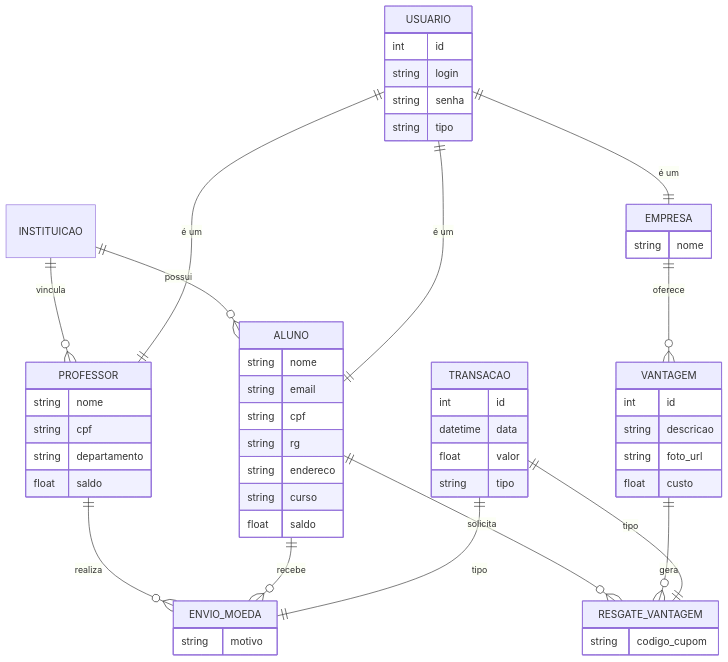
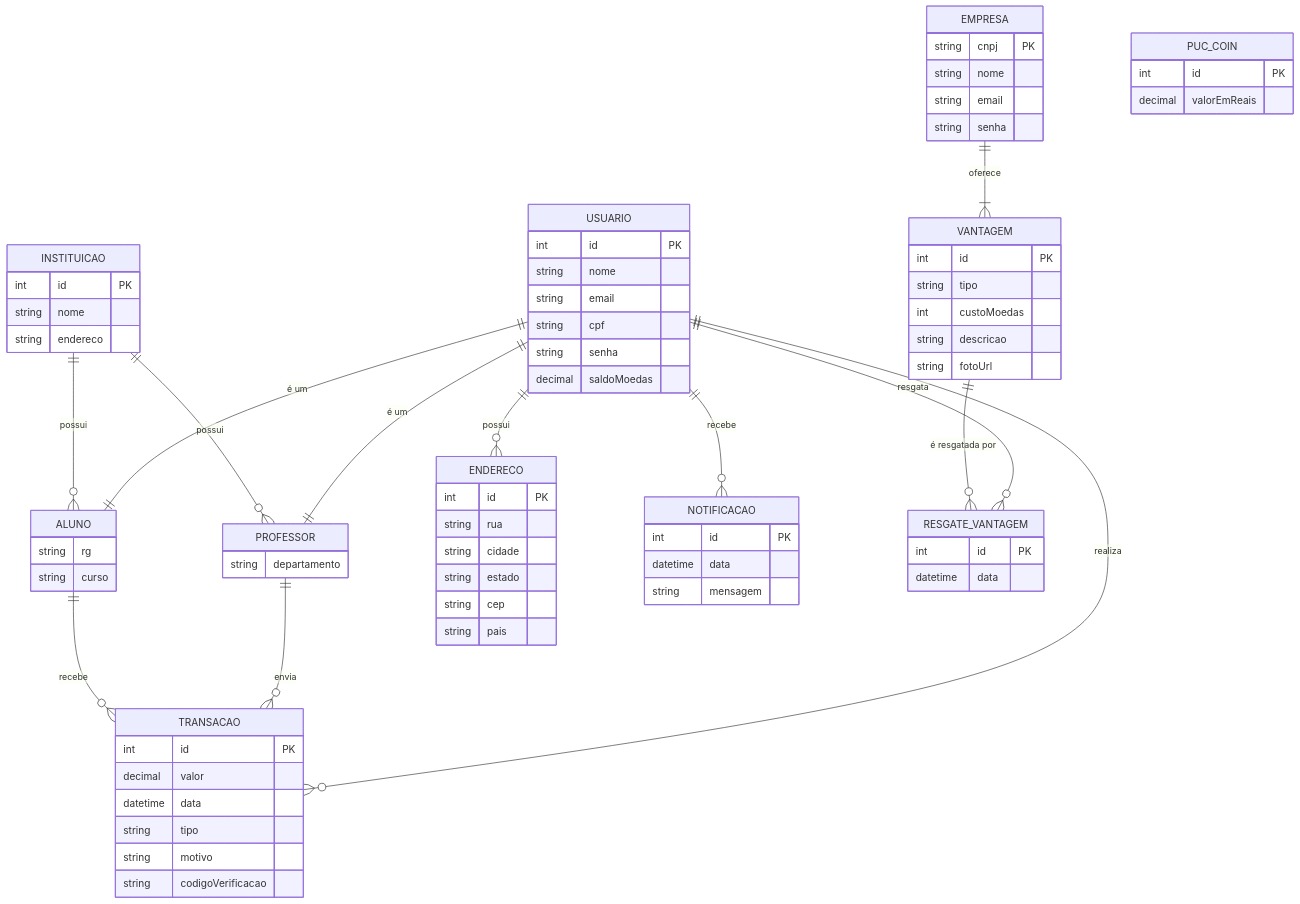
Before and after one commit to Davii13/PUCPay: the diagram in README.md, drawn with Mermaid.

````diff
--- a/README.md
+++ b/README.md
@@ -71,68 +71,92 @@
 ```mermaid
 erDiagram
-    INSTITUICAO ||--o{ ALUNO : possui
-    INSTITUICAO ||--o{ PROFESSOR : vincula
-    
     USUARIO {
-        int id
-        string login
+        int id PK
+        string nome
+        string email
+        string cpf
         string senha
-        string tipo
+        decimal saldoMoedas
     }
     
     ALUNO {
-        string nome
-        string email
-        string cpf
         string rg
-        string endereco
         string curso
-        float saldo
     }
     
     PROFESSOR {
+        string departamento
+    }
+    
+    INSTITUICAO {
+        int id PK
         string nome
-        string cpf
-        string departamento
-        float saldo
+        string endereco
+    }
+    
+    ENDERECO {
+        int id PK
+        string rua
+        string cidade
+        string estado
+        string cep
+        string pais
+    }
+    
+    NOTIFICACAO {
+        int id PK
+        datetime data
+        string mensagem
     }
     
     EMPRESA {
+        string cnpj PK
         string nome
+        string email
+        string senha
     }
     
     VANTAGEM {
-        int id
+        int id PK
+        string tipo
+        int custoMoedas
         string descricao
-        string foto_url
-        float custo
+        string fotoUrl
+    }
+    
+    RESGATE_VANTAGEM {
+        int id PK
+        datetime data
     }
     
     TRANSACAO {
-        int id
+        int id PK
+        decimal valor
         datetime data
-        float valor
         string tipo
+        string motivo
+        string codigoVerificacao
     }
     
-    ENVIO_MOEDA {
-        string motivo
-    }
-    
-    RESGATE_VANTAGEM {
-        string codigo_cupom
+    PUC_COIN {
+        int id PK
+        decimal valorEmReais
     }
 
     USUARIO ||--|| ALUNO : "é um"
     USUARIO ||--|| PROFESSOR : "é um"
-    USUARIO ||--|| EMPRESA : "é um"
     
-    PROFESSOR ||--o{ ENVIO_MOEDA : realiza
-    ALUNO ||--o{ ENVIO_MOEDA : recebe
-    ALUNO ||--o{ RESGATE_VANTAGEM : solicita
-    EMPRESA ||--o{ VANTAGEM : oferece
-    VANTAGEM ||--o{ RESGATE_VANTAGEM : gera
+    USUARIO ||--o{ ENDERECO : possui
+    USUARIO ||--o{ NOTIFICACAO : recebe
+    USUARIO ||--o{ TRANSACAO : realiza
+    USUARIO ||--o{ RESGATE_VANTAGEM : resgata
     
-    TRANSACAO ||--|| ENVIO_MOEDA : "tipo"
-    TRANSACAO ||--|| RESGATE_VANTAGEM : "tipo"
+    EMPRESA ||--|{ VANTAGEM : oferece
+    VANTAGEM ||--o{ RESGATE_VANTAGEM : "é resgatada por"
+    
+    PROFESSOR ||--o{ TRANSACAO : envia
+    ALUNO ||--o{ TRANSACAO : recebe
+    
+    INSTITUICAO ||--o{ PROFESSOR : possui
+    INSTITUICAO ||--o{ ALUNO : possui
 ```
````
